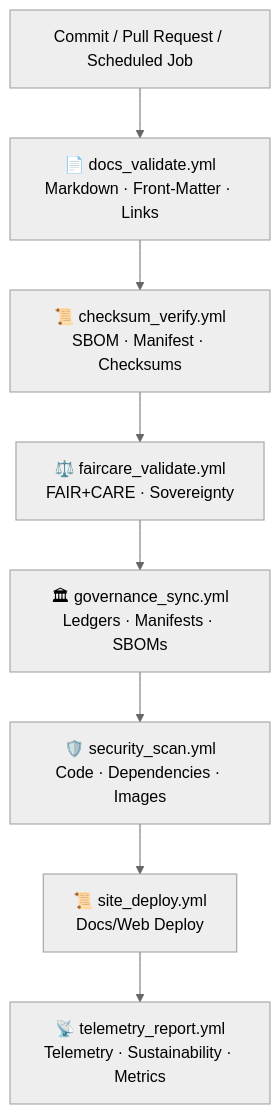
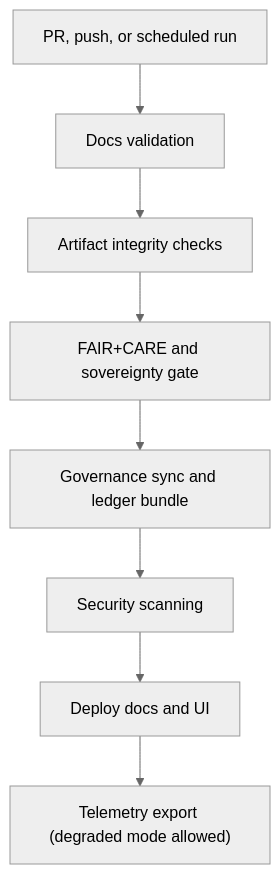
The diagram in tools/ci/README.md (bartytime4life/Kansas-Frontier-Matrix), drawn with Mermaid (neutral theme) before and after one commit. The commit also changed other lines of this file, not shown here.

````diff
--- a/tools/ci/README.md
+++ b/tools/ci/README.md
@@ -142,11 +262,10 @@
-```mermaid
+~~~mermaid
 flowchart TD
-    A["Commit / Pull Request / Scheduled Job"]
-      --> B["📄 docs_validate.yml\nMarkdown · Front-Matter · Links"]
-    B --> C["📜 checksum_verify.yml\nSBOM · Manifest · Checksums"]
-    C --> D["⚖️ faircare_validate.yml\nFAIR+CARE · Sovereignty"]
-    D --> E["🏛 governance_sync.yml\nLedgers · Manifests · SBOMs"]
-    E --> F["🛡️ security_scan.yml\nCode · Dependencies · Images"]
-    F --> G["📜 site_deploy.yml\nDocs/Web Deploy"]
-    G --> H["📡 telemetry_report.yml\nTelemetry · Sustainability · Metrics"]
-```
+  A["PR, push, or scheduled run"] --> B["Docs validation"]
+  B --> C["Artifact integrity checks"]
+  C --> D["FAIR+CARE and sovereignty gate"]
+  D --> E["Governance sync and ledger bundle"]
+  E --> F["Security scanning"]
+  F --> G["Deploy docs and UI"]
+  G --> H["Telemetry export (degraded mode allowed)"]
+~~~
````
